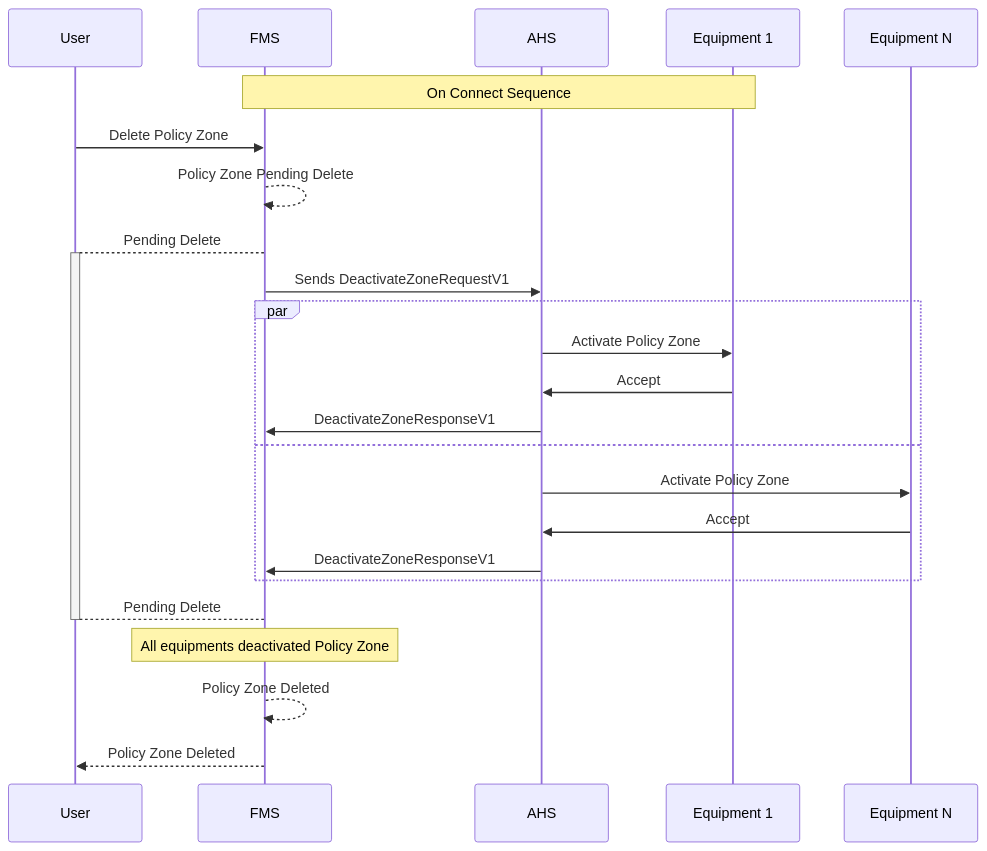
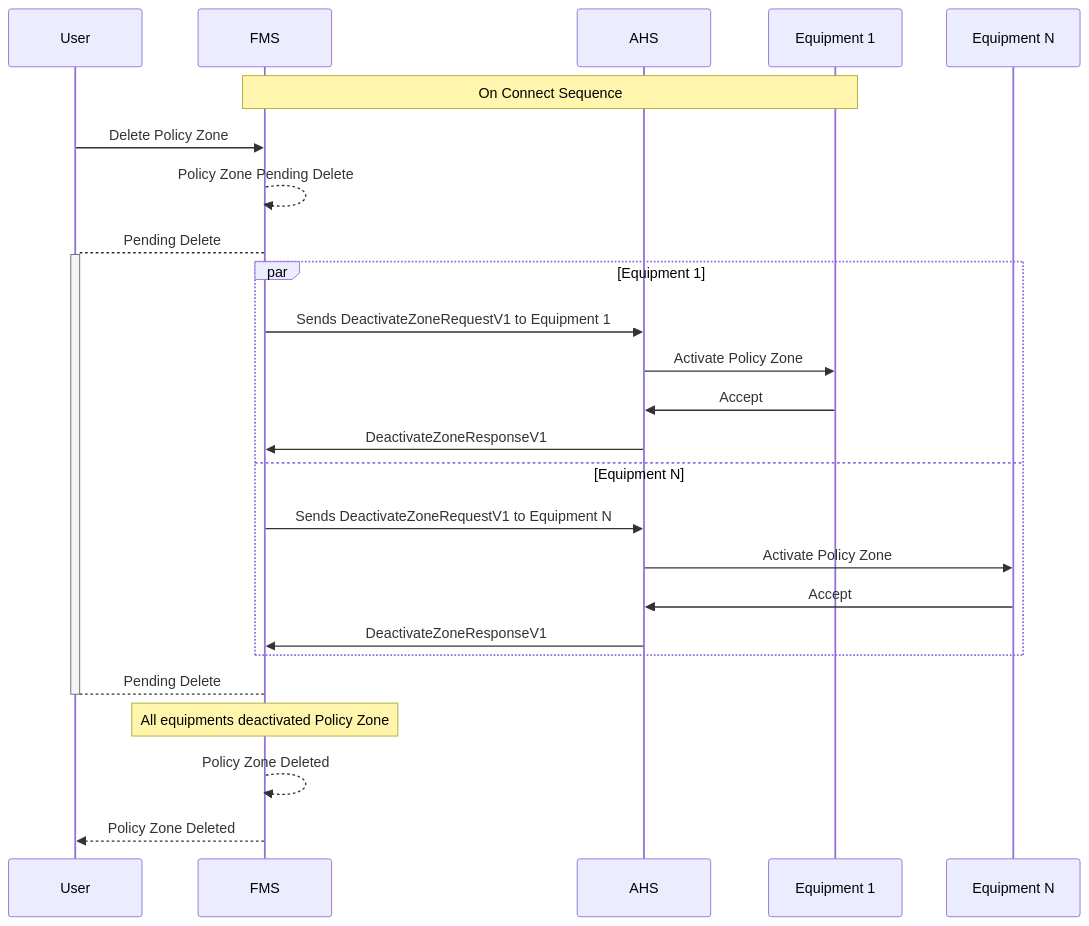
The fifth of 6 diagrams in diagram/SequenceDiagrams.md (open-autonomy/zone), drawn with Mermaid before and after one commit. The commit also changed other lines of this file and 5 other files, not shown here.

````diff
--- a/diagram/SequenceDiagrams.md
+++ b/diagram/SequenceDiagrams.md
@@ -107,30 +148,31 @@
 ```mermaid
 sequenceDiagram
     participant User
     participant FMS
     participant AHS
     participant Equipment 1
     participant Equipment N
 
     Note over FMS,Equipment 1: On Connect Sequence
     User->>FMS: Delete Policy Zone
     FMS-->>FMS: Policy Zone Pending Delete
     FMS-->+User: Pending Delete
-    FMS->>AHS: Sends DeactivateZoneRequestV1
 
-    par
+    par Equipment 1
+        FMS->>AHS: Sends DeactivateZoneRequestV1 to Equipment 1
         AHS->>Equipment 1: Activate Policy Zone
         Equipment 1->>AHS: Accept
         AHS->>FMS: DeactivateZoneResponseV1
-    and
+    and Equipment N
+        FMS->>AHS: Sends DeactivateZoneRequestV1 to Equipment N
         AHS->>Equipment N: Activate Policy Zone
         Equipment N->>AHS: Accept
         AHS->>FMS: DeactivateZoneResponseV1
     end
 
     User-->-FMS: Pending Delete
 
     Note Over FMS: All equipments deactivated Policy Zone
     FMS-->>FMS: Policy Zone Deleted
     FMS-->>User: Policy Zone Deleted
 ```
````
